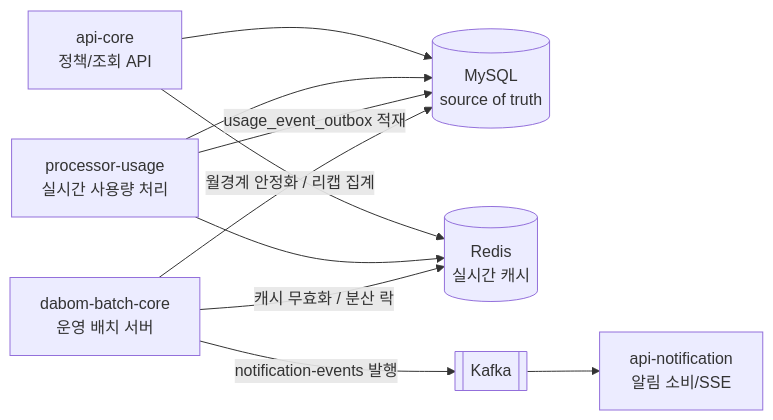
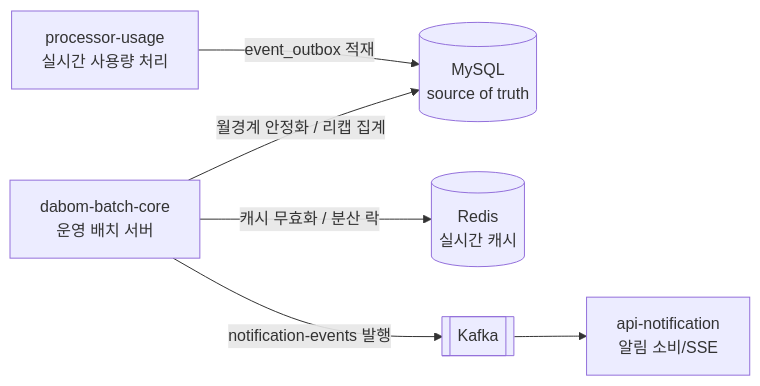
Before and after one commit to da-bom/dabom-batch-core: the first of 6 diagrams in README.md, drawn with Mermaid. The commit also changed other lines of this file, not shown here.

````diff
--- a/README.md
+++ b/README.md
@@ -15,20 +31,17 @@
 ```mermaid
 flowchart LR
-    AC["api-core<br/>정책/조회 API"]
     PU["processor-usage<br/>실시간 사용량 처리"]
     BC["dabom-batch-core<br/>운영 배치 서버"]
     DB[("MySQL<br/>source of truth")]
     RD[("Redis<br/>실시간 캐시")]
     KF[["Kafka"]]
     AN["api-notification<br/>알림 소비/SSE"]
 
-    AC --> DB
-    AC --> RD
-    PU --> RD
-    PU --> DB
-    PU -->|usage_event_outbox 적재| DB
+    PU -->|event_outbox 적재| DB
+
     BC -->|월경계 안정화 / 리캡 집계| DB
     BC -->|캐시 무효화 / 분산 락| RD
     BC -->|notification-events 발행| KF
+
     KF --> AN
 ```
````
